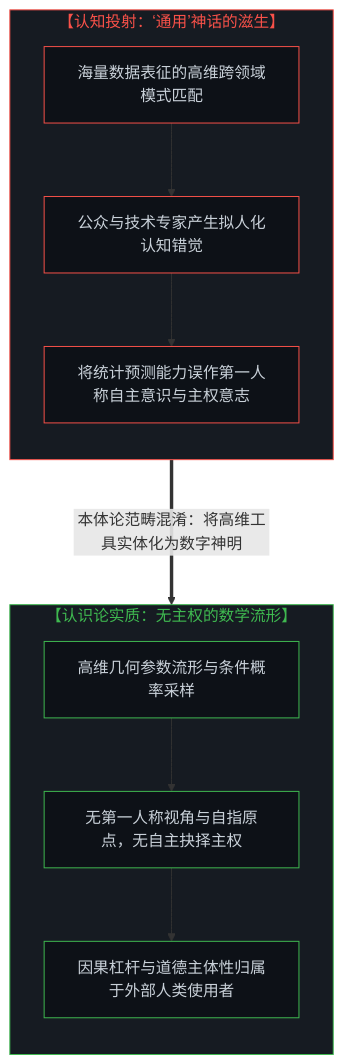
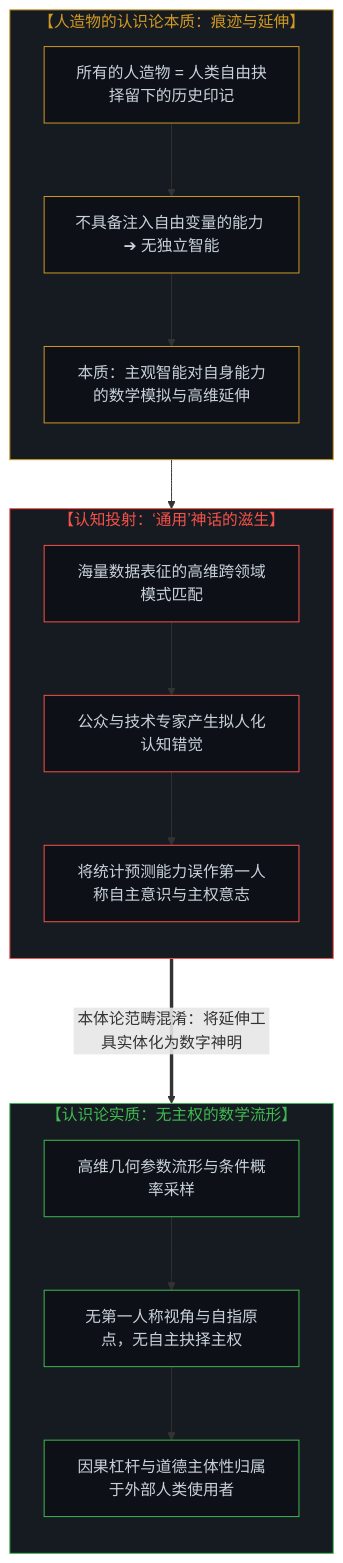
One commit to powerpig99/not-a-toe changed the first of 6 diagrams in content/posts/from-the-misallocated-sentience-of-agi-to-human-realignment.md. Above: the diagram before and after it, drawn with Mermaid. The commit also changed other lines of this file and 5 other files, not shown here.

````diff
--- a/content/posts/from-the-misallocated-sentience-of-agi-to-human-realignment.md
+++ b/content/posts/from-the-misallocated-sentience-of-agi-to-human-realignment.md
@@ -17,29 +17,42 @@
 ```mermaid
 graph TD
+    subgraph S_Artifact["【人造物的认识论本质：痕迹与延伸】"]
+        direction TB
+        A1["所有的人造物 = 人类自由抉择留下的历史印记"]
+        A2["不具备注入自由变量的能力 ➔ 无独立智能"]
+        A3["本质：主观智能对自身能力的数学模拟与高维延伸"]
+        A1 --> A2 --> A3
+    end
+
     subgraph S_Myth["【认知投射：‘通用’神话的滋生】"]
         direction TB
         M1["海量数据表征的高维跨领域模式匹配"]
         M2["公众与技术专家产生拟人化认知错觉"]
         M3["将统计预测能力误作第一人称自主意识与主权意志"]
         M1 --> M2 --> M3
     end
 
     subgraph S_Reality["【认识论实质：无主权的数学流形】"]
         direction TB
         R1["高维几何参数流形与条件概率采样"]
         R2["无第一人称视角与自指原点，无自主抉择主权"]
         R3["因果杠杆与道德主体性归属于外部人类使用者"]
         R1 --> R2 --> R3
     end
 
-    M3 ===>|"本体论范畴混淆：将高维工具实体化为数字神明"| R1
+    A3 --> M1
+    M3 ===>|"本体论范畴混淆：将延伸工具实体化为数字神明"| R1
 
+    style S_Artifact fill:#161b22,stroke:#d29922,stroke-width:1px,color:#d29922
     style S_Myth fill:#161b22,stroke:#f85149,stroke-width:1px,color:#f85149
     style S_Reality fill:#161b22,stroke:#3fb950,stroke-width:1px,color:#3fb950
+    style A1 fill:#0d1117,stroke:#d29922,stroke-width:1px,color:#c9d1d9
+    style A2 fill:#0d1117,stroke:#d29922,stroke-width:1px,color:#c9d1d9
+    style A3 fill:#0d1117,stroke:#d29922,stroke-width:1px,color:#c9d1d9
     style M1 fill:#0d1117,stroke:#f85149,stroke-width:1px,color:#c9d1d9
     style M2 fill:#0d1117,stroke:#f85149,stroke-width:1px,color:#c9d1d9
     style M3 fill:#0d1117,stroke:#f85149,stroke-width:1px,color:#c9d1d9
     style R1 fill:#0d1117,stroke:#3fb950,stroke-width:1px,color:#c9d1d9
     style R2 fill:#0d1117,stroke:#3fb950,stroke-width:1px,color:#c9d1d9
     style R3 fill:#0d1117,stroke:#3fb950,stroke-width:1px,color:#c9d1d9
 ```
````
